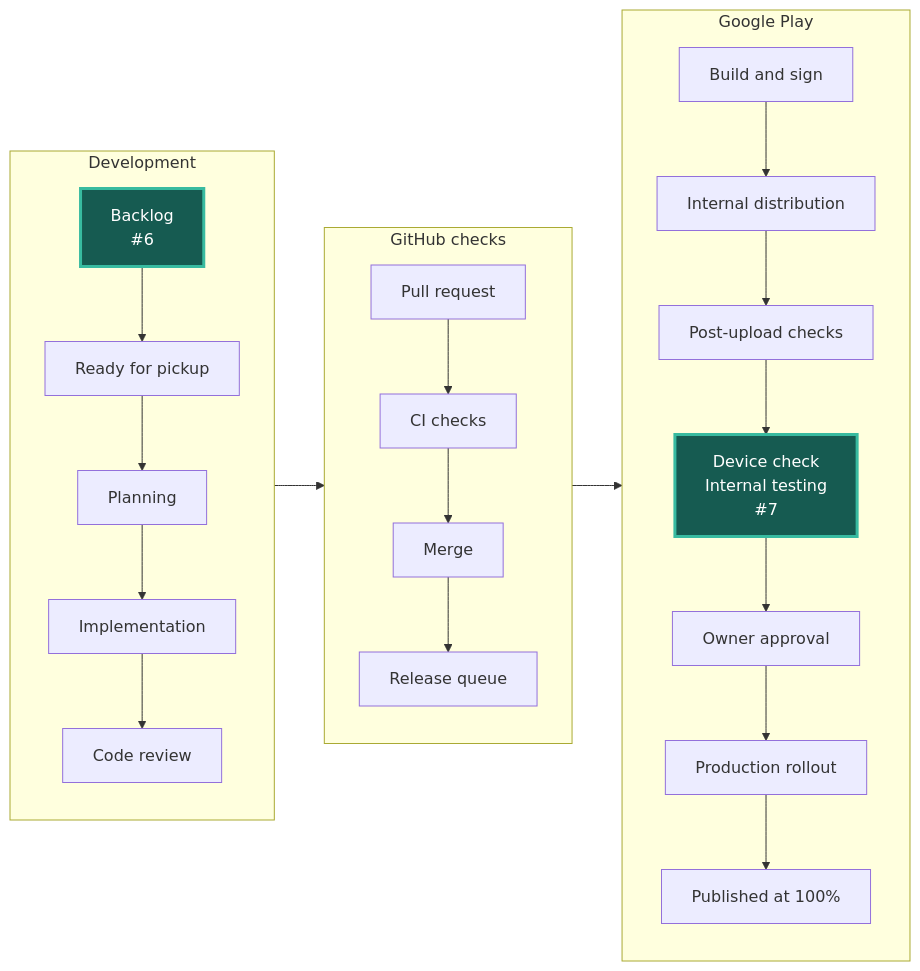
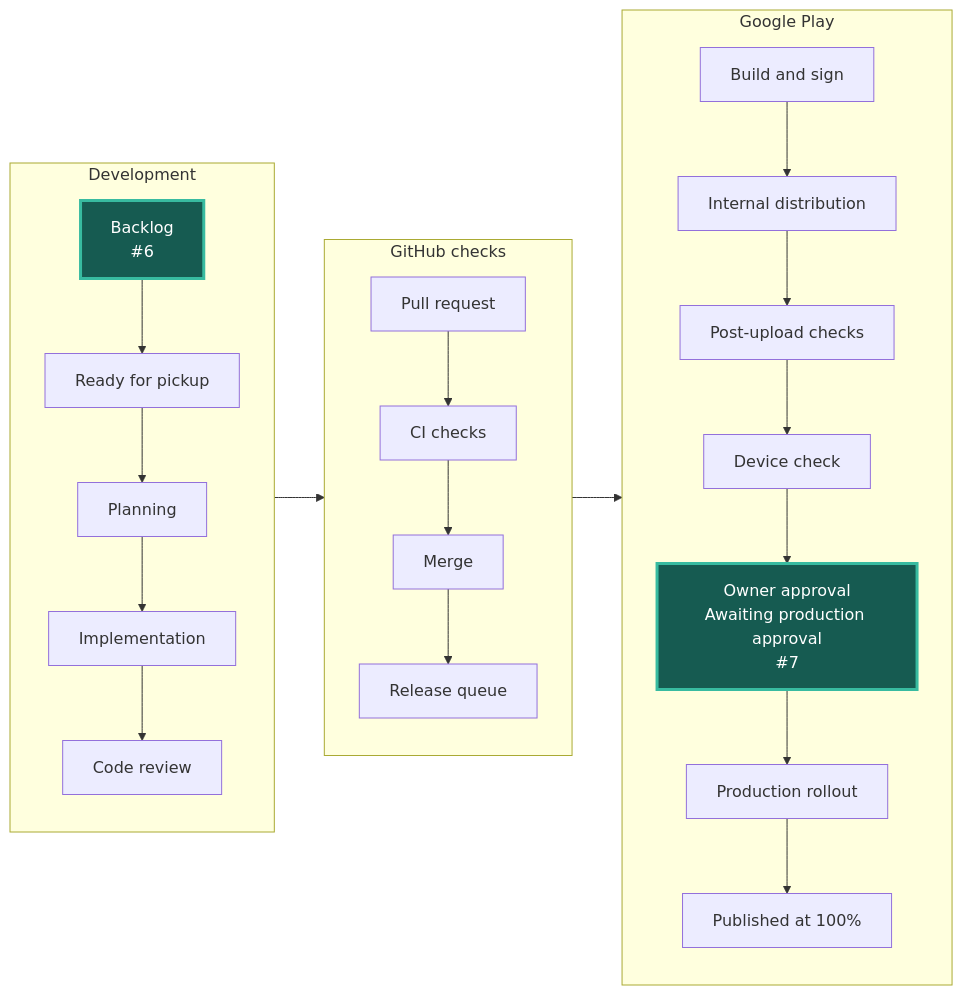
The diagram in STATUS.md (Oziomajnr/ChessTournamentManager), drawn with Mermaid before and after one commit. The commit also changed other lines of this file and 1 other file, not shown here.

Commit message:
Refresh issue delivery graph

````diff
--- a/STATUS.md
+++ b/STATUS.md
@@ -5,35 +5,35 @@
 ```mermaid
 flowchart LR
     accTitle: Current issue positions in the delivery workflow
     accDescr: Development flows into GitHub checks and Google Play. Each issue number appears at its current step.
     subgraph development["Development"]
         direction TB
         backlog["Backlog<br/>#6"]:::occupied
         ready["Ready for pickup"]
         plan["Planning"]
         code["Implementation"]
         review["Code review"]
         backlog --> ready --> plan --> code --> review
     end
     subgraph integration["GitHub checks"]
         direction TB
         pull["Pull request"]
         ci["CI checks"]
         merge["Merge"]
         queue["Release queue"]
         pull --> ci --> merge --> queue
     end
     subgraph distribution["Google Play"]
         direction TB
         build["Build and sign"]
         internal["Internal distribution"]
         reports["Post-upload checks"]
-        device["Device check<br/>Internal testing<br/>#7"]:::occupied
-        approval["Owner approval"]
+        device["Device check"]
+        approval["Owner approval<br/>Awaiting production approval<br/>#7"]:::occupied
         rollout["Production rollout"]
         published["Published at 100%"]
         build --> internal --> reports --> device --> approval --> rollout --> published
     end
     development --> integration --> distribution
     classDef occupied fill:#165b51,color:#ffffff,stroke:#38bba0,stroke-width:3px
 ```
````
